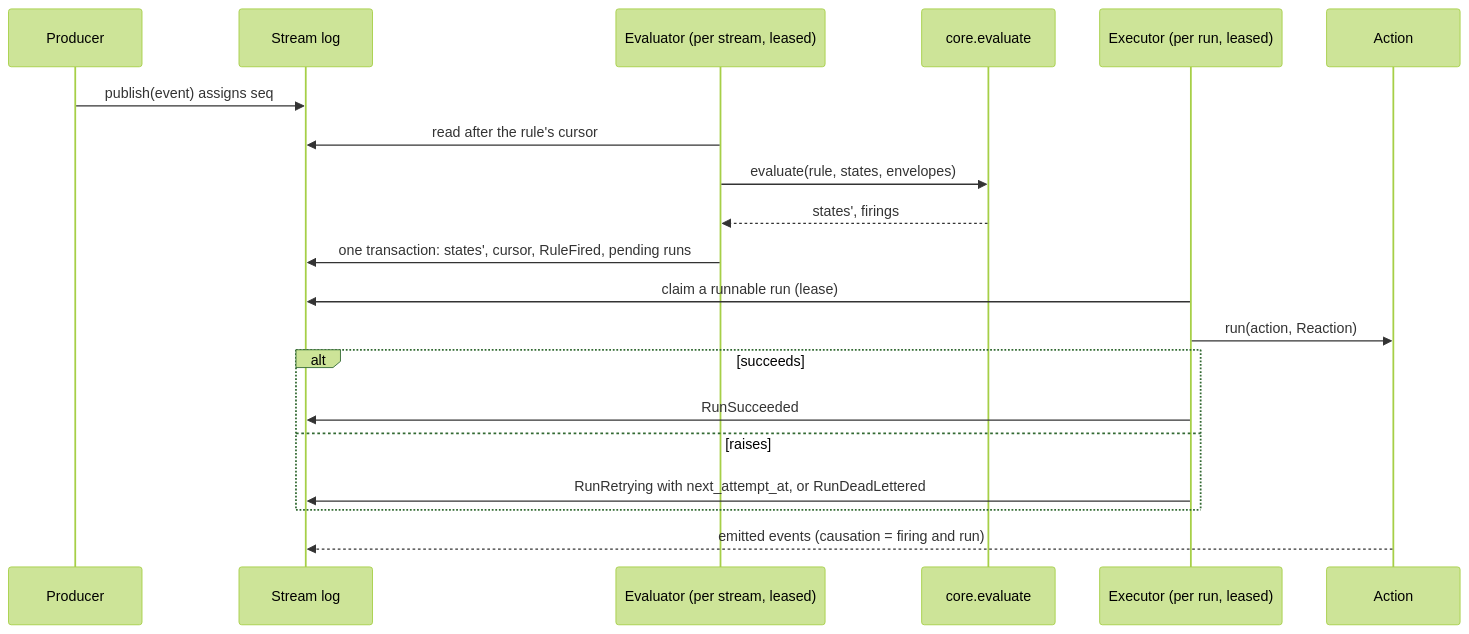
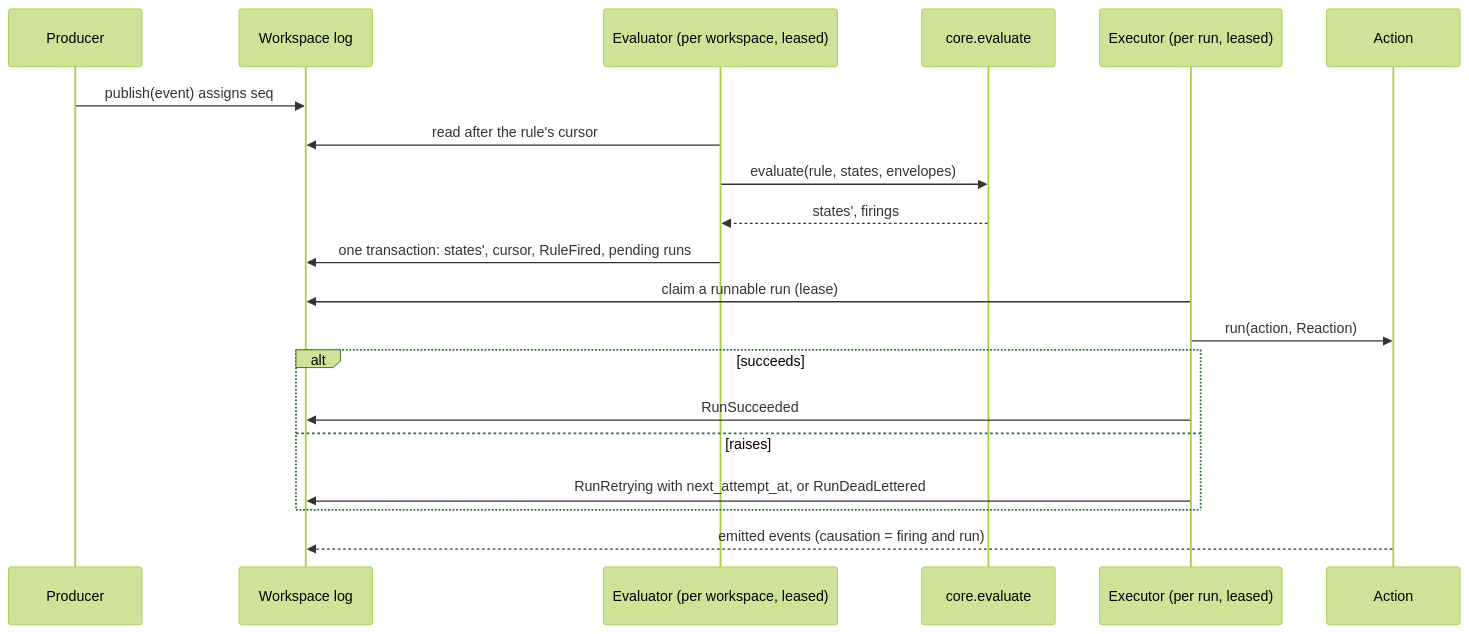
One commit to alexnodeland/lattice changed the third of 4 diagrams in packages/reflexr/docs/architecture.md. Above: the diagram before and after it, drawn with Mermaid (forest theme). The commit also changed other lines of this file and 8 other files, not shown here.

````diff
--- a/packages/reflexr/docs/architecture.md
+++ b/packages/reflexr/docs/architecture.md
@@ -210,22 +210,22 @@
 ```mermaid
 sequenceDiagram
     participant P as Producer
-    participant S as Stream log
-    participant E as Evaluator (per stream, leased)
+    participant S as Workspace log
+    participant E as Evaluator (per workspace, leased)
     participant C as core.evaluate
     participant X as Executor (per run, leased)
     participant A as Action
     P->>S: publish(event) assigns seq
     E->>S: read after the rule's cursor
     E->>C: evaluate(rule, states, envelopes)
     C-->>E: states', firings
     E->>S: one transaction: states', cursor, RuleFired, pending runs
     X->>S: claim a runnable run (lease)
     X->>A: run(action, Reaction)
     alt succeeds
         X->>S: RunSucceeded
     else raises
         X->>S: RunRetrying with next_attempt_at, or RunDeadLettered
     end
     A-->>S: emitted events (causation = firing and run)
 ```
````
